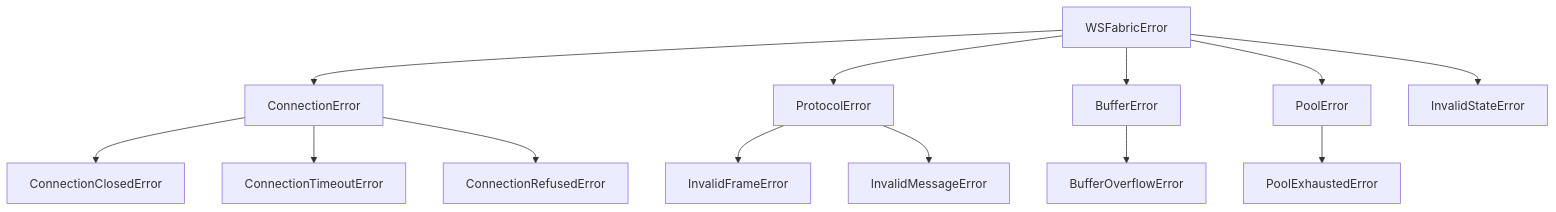
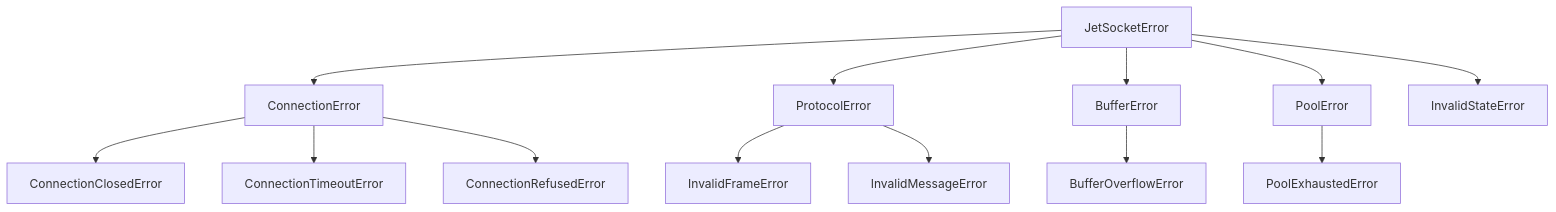
One commit to omidroshani/jetsocket changed the diagram in docs/reference/api/exceptions.md. Above: the diagram before and after it, drawn with Mermaid. The commit also changed other lines of this file and 114 other files, not shown here.

````diff
--- a/docs/reference/api/exceptions.md
+++ b/docs/reference/api/exceptions.md
@@ -7,15 +7,15 @@
 ```mermaid
 graph TD
-    A[WSFabricError] --> B[ConnectionError]
+    A[JetSocketError] --> B[ConnectionError]
     A --> C[ProtocolError]
     A --> D[BufferError]
     A --> E[PoolError]
     A --> F[InvalidStateError]
     B --> B1[ConnectionClosedError]
     B --> B2[ConnectionTimeoutError]
     B --> B3[ConnectionRefusedError]
     C --> C1[InvalidFrameError]
     C --> C2[InvalidMessageError]
     D --> D1[BufferOverflowError]
     E --> E1[PoolExhaustedError]
 ```
````
